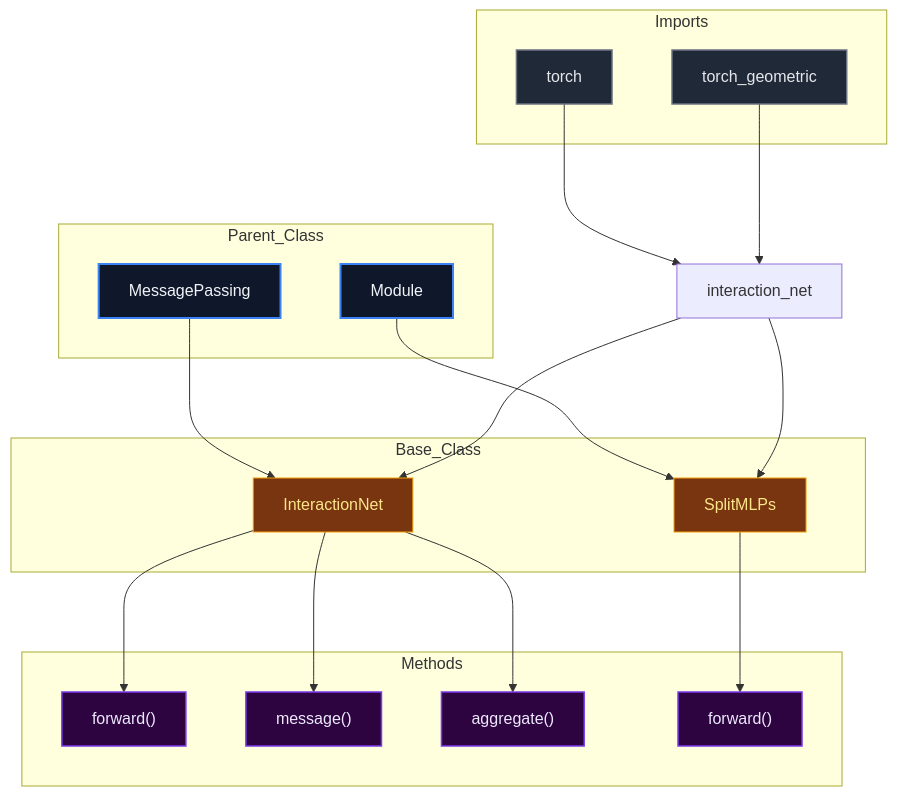
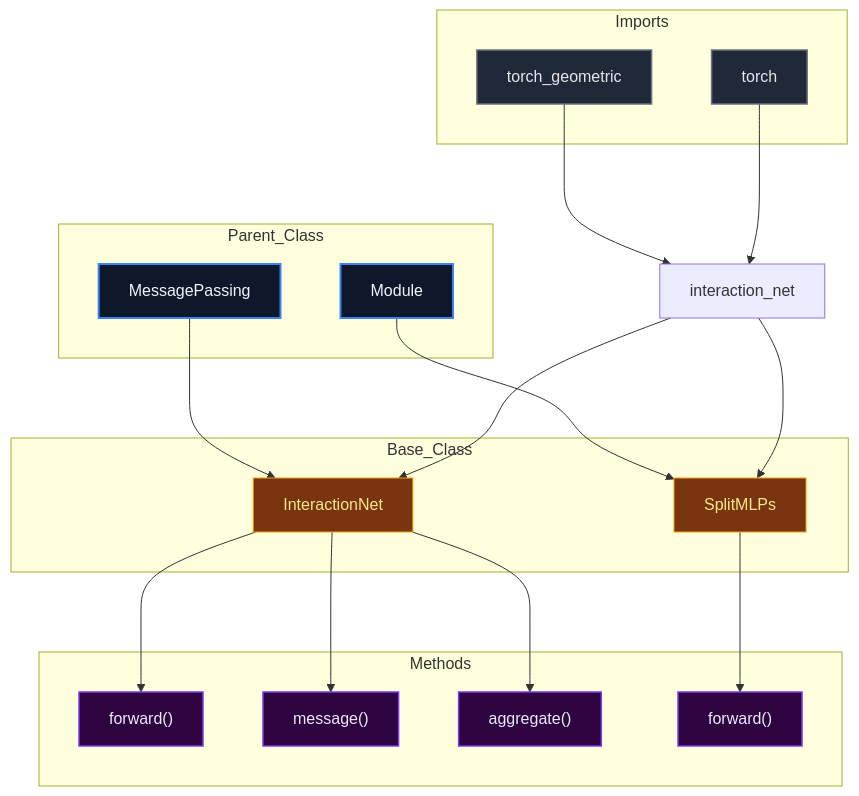
One commit to mllam/neural-lam changed the diagram in docs/diagrams/interaction_net_diagram.md. Above: the diagram before and after it, drawn with Mermaid. The commit also changed 19 other files, not shown here.

Commit message:
Auto-update Mermaid diagrams

````diff
--- a/docs/diagrams/interaction_net_diagram.md
+++ b/docs/diagrams/interaction_net_diagram.md
@@ -1,52 +1,52 @@
 ```mermaid
 %%{init: {'flowchart': {'nodeSpacing': 60, 'rankSpacing': 80}}}%%
 flowchart TD
 
 module["interaction_net"]
 
 subgraph Parent_Class
     Module["Module"]
     MessagePassing["MessagePassing"]
 end
 
 subgraph Base_Class
     InteractionNet["InteractionNet"]
     SplitMLPs["SplitMLPs"]
 end
 
     MessagePassing --> InteractionNet
     Module --> SplitMLPs
 
 subgraph Imports
+    torch_geometric["torch_geometric"]
     torch["torch"]
-    torch_geometric["torch_geometric"]
 end
 
+    torch_geometric --> module
     torch --> module
-    torch_geometric --> module
     module --> InteractionNet
     module --> SplitMLPs
 
 subgraph Methods
     InteractionNet_forward["forward()"]
     InteractionNet_message["message()"]
     InteractionNet_aggregate["aggregate()"]
     SplitMLPs_forward["forward()"]
 end
 
     InteractionNet --> InteractionNet_forward
     InteractionNet --> InteractionNet_message
     InteractionNet --> InteractionNet_aggregate
     SplitMLPs --> SplitMLPs_forward
 
 classDef parent fill:#0f172a,stroke:#3b82f6,stroke-width:2px,color:#f1f5f9,font-size:16px
 classDef base fill:#78350f,stroke:#f59e0b,stroke-width:1px,color:#fde68a,font-size:16px
 classDef import fill:#1f2937,stroke:#6b7280,stroke-width:1.5px,color:#e5e7eb,font-size:16px
 classDef method fill:#2d043f,stroke:#7c3aed,stroke-width:1.5px,color:#ede9fe,font-size:16px
 classDef callNode fill:#064e3b,stroke:#10b981,stroke-width:1.5px,color:#d1fae5,font-size:16px
 class Module,MessagePassing parent
 class InteractionNet,SplitMLPs base
-class torch,torch_geometric import
+class torch_geometric,torch import
 class InteractionNet_forward,InteractionNet_message,InteractionNet_aggregate,SplitMLPs_forward method
 
 ```
````
